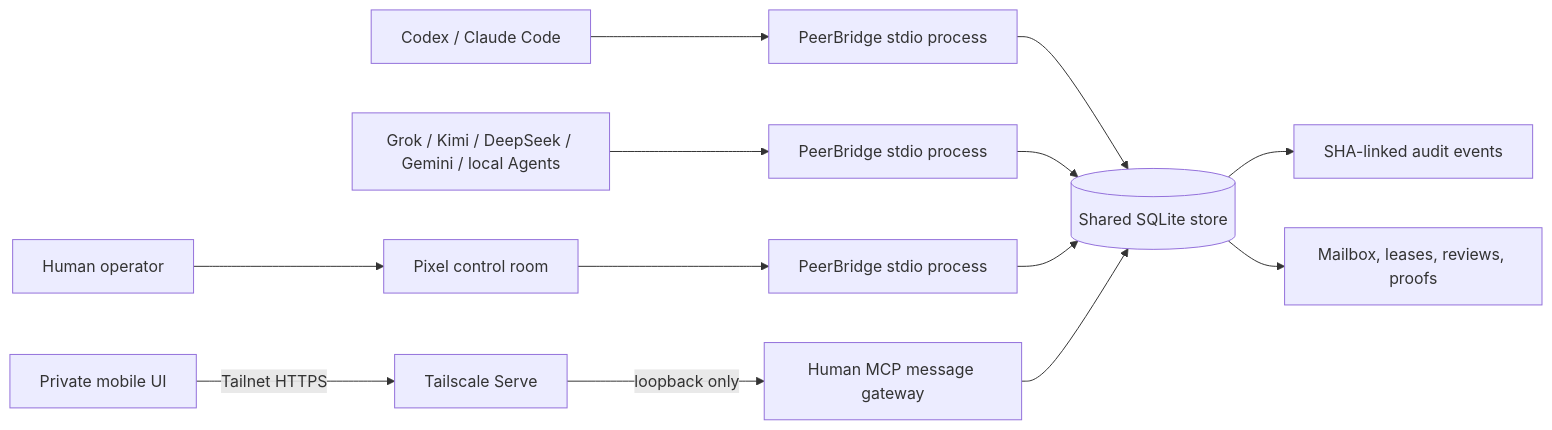
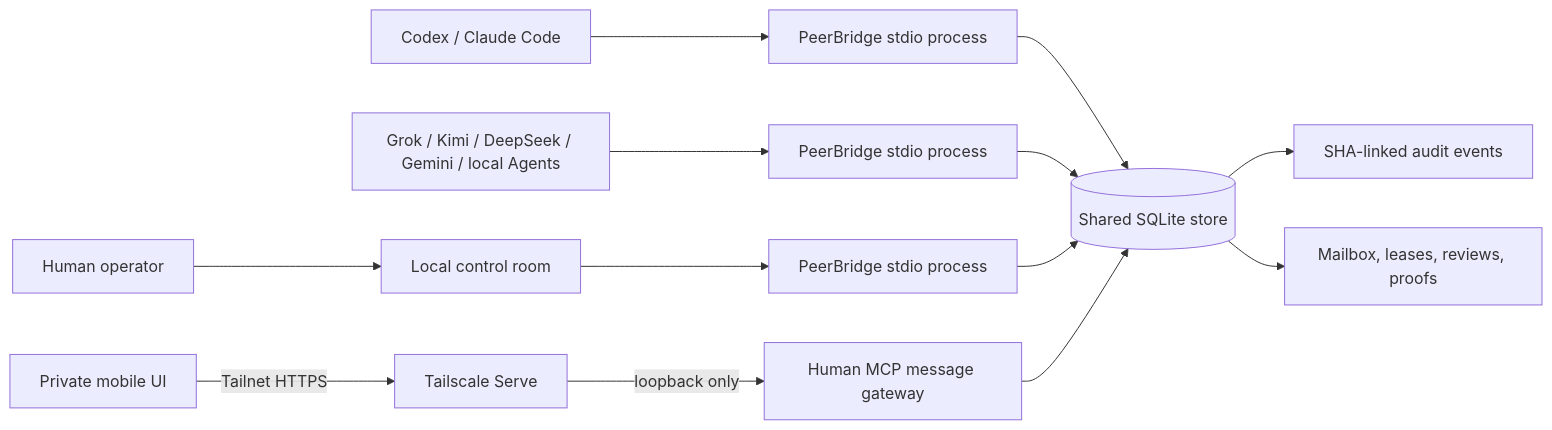
One commit to Hoylon/peerbridge-mcp changed the diagram in README.md. Above: the diagram before and after it, drawn with Mermaid. The commit also changed other lines of this file and 173 other files, not shown here.

````diff
--- a/README.md
+++ b/README.md
@@ -46,15 +47,15 @@
 ```mermaid
 flowchart LR
-    H["Human operator"] --> M["Pixel control room"]
+    H["Human operator"] --> M["Local control room"]
     C["Codex / Claude Code"] --> S1["PeerBridge stdio process"]
     A["Grok / Kimi / DeepSeek / Gemini / local Agents"] --> S2["PeerBridge stdio process"]
     M --> S3["PeerBridge stdio process"]
     R["Private mobile UI"] -->|"Tailnet HTTPS"| T["Tailscale Serve"]
     T -->|"loopback only"| S4["Human MCP message gateway"]
     S1 --> DB[("Shared SQLite store")]
     S2 --> DB
     S3 --> DB
     S4 --> DB
     DB --> L["SHA-linked audit events"]
     DB --> W["Mailbox, leases, reviews, proofs"]
 ```
````
